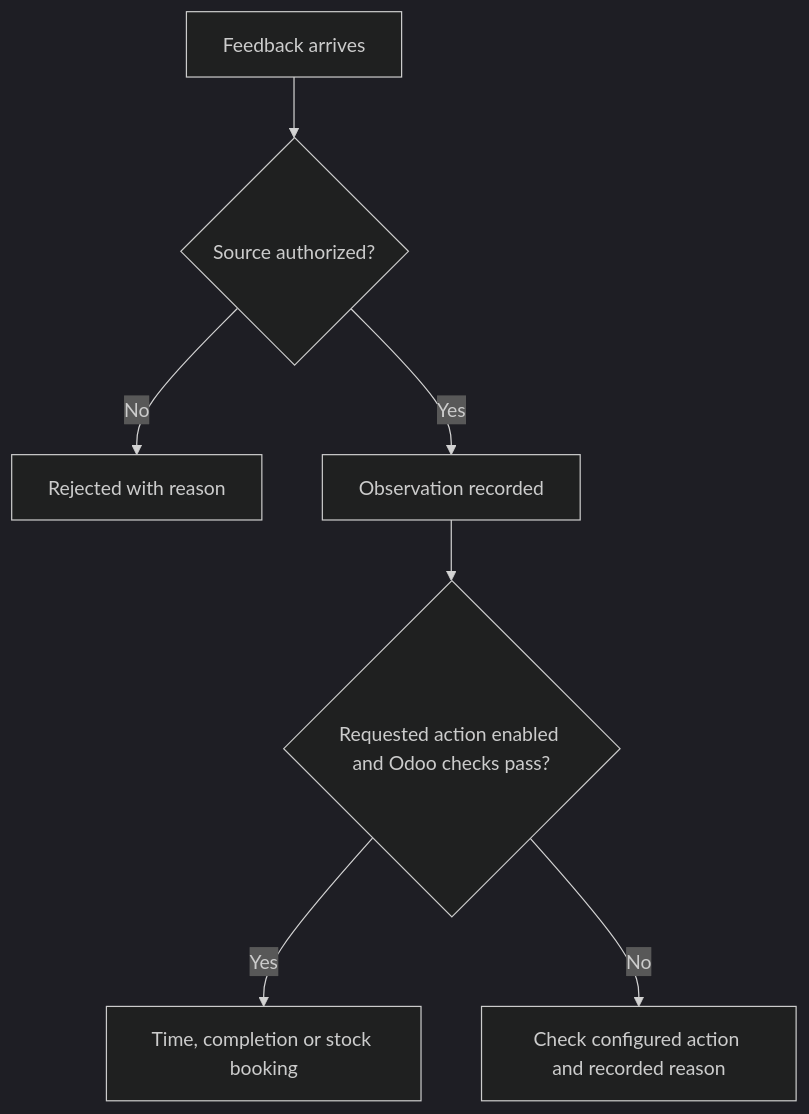
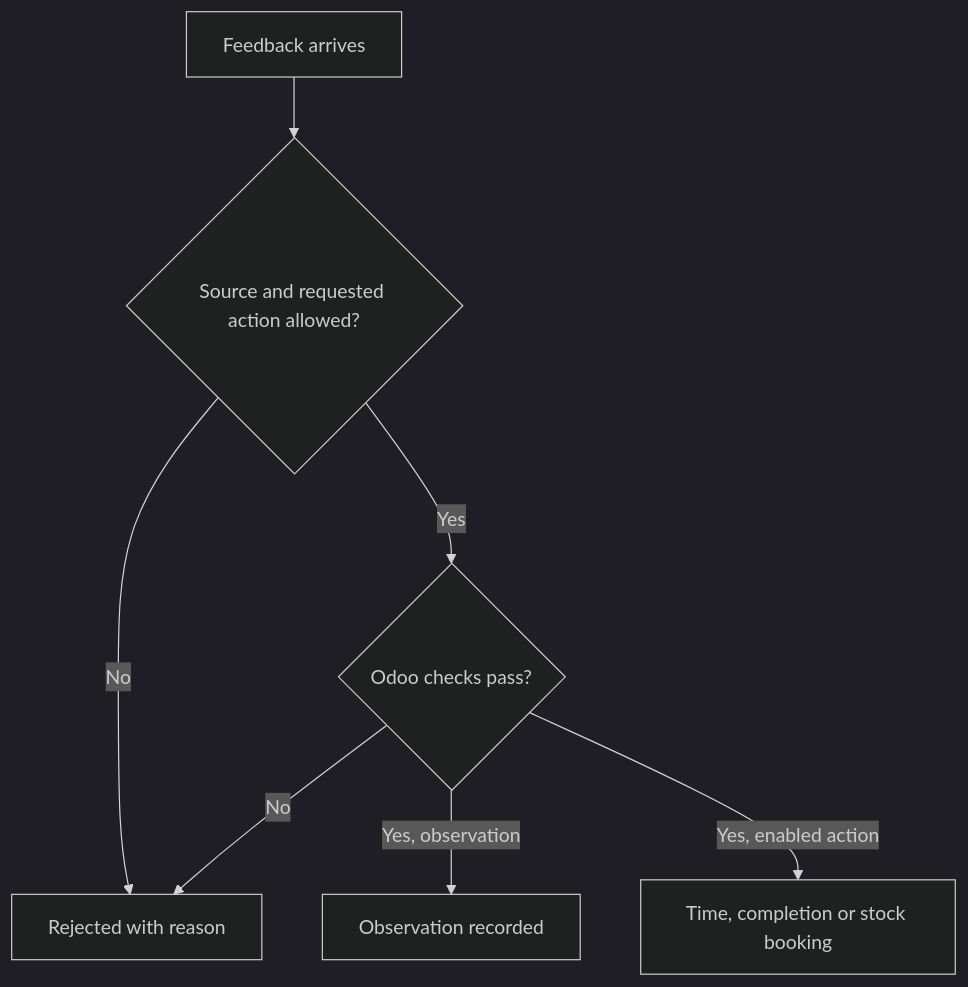
The second of 2 diagrams in odoo-uns/workflow.mdx (SheetMetalConnect/smc-mintlify), drawn with Mermaid (dark theme) before and after one commit. The commit also changed 4 other files, not shown here.

````diff
--- a/odoo-uns/workflow.mdx
+++ b/odoo-uns/workflow.mdx
@@ -48,9 +48,9 @@
 ```mermaid
 flowchart TD
-  F["Feedback arrives"] --> A{"Source authorized?"}
+  F["Feedback arrives"] --> A{"Source and requested action allowed?"}
   A -->|No| R["Rejected with reason"]
-  A -->|Yes| O["Observation recorded"]
-  O --> P{"Requested action enabled and Odoo checks pass?"}
-  P -->|Yes| N["Time, completion or stock booking"]
-  P -->|No| C["Check configured action and recorded reason"]
+  A -->|Yes| P{"Odoo checks pass?"}
+  P -->|No| R
+  P -->|Yes, observation| O["Observation recorded"]
+  P -->|Yes, enabled action| N["Time, completion or stock booking"]
 ```
````
